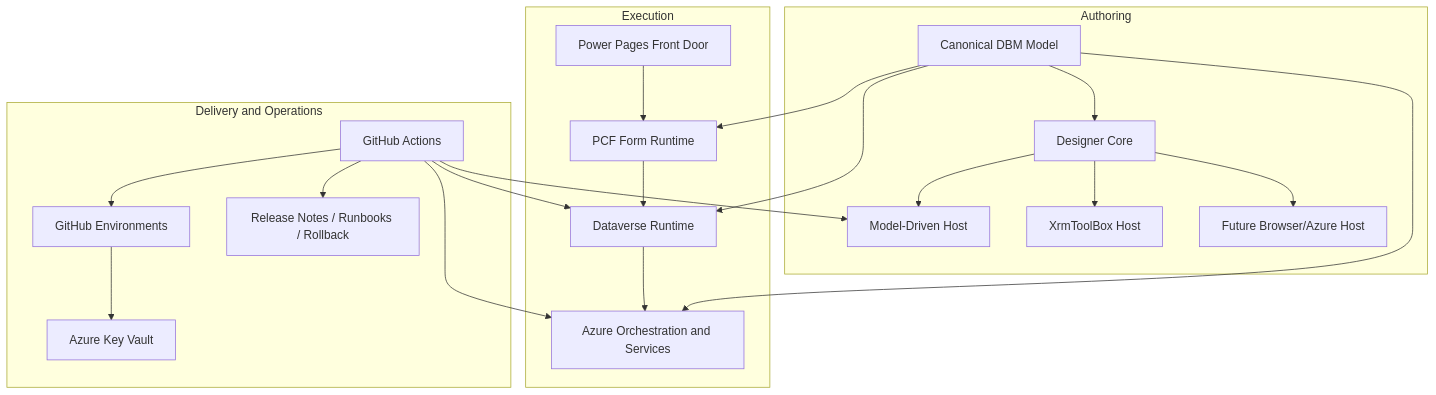
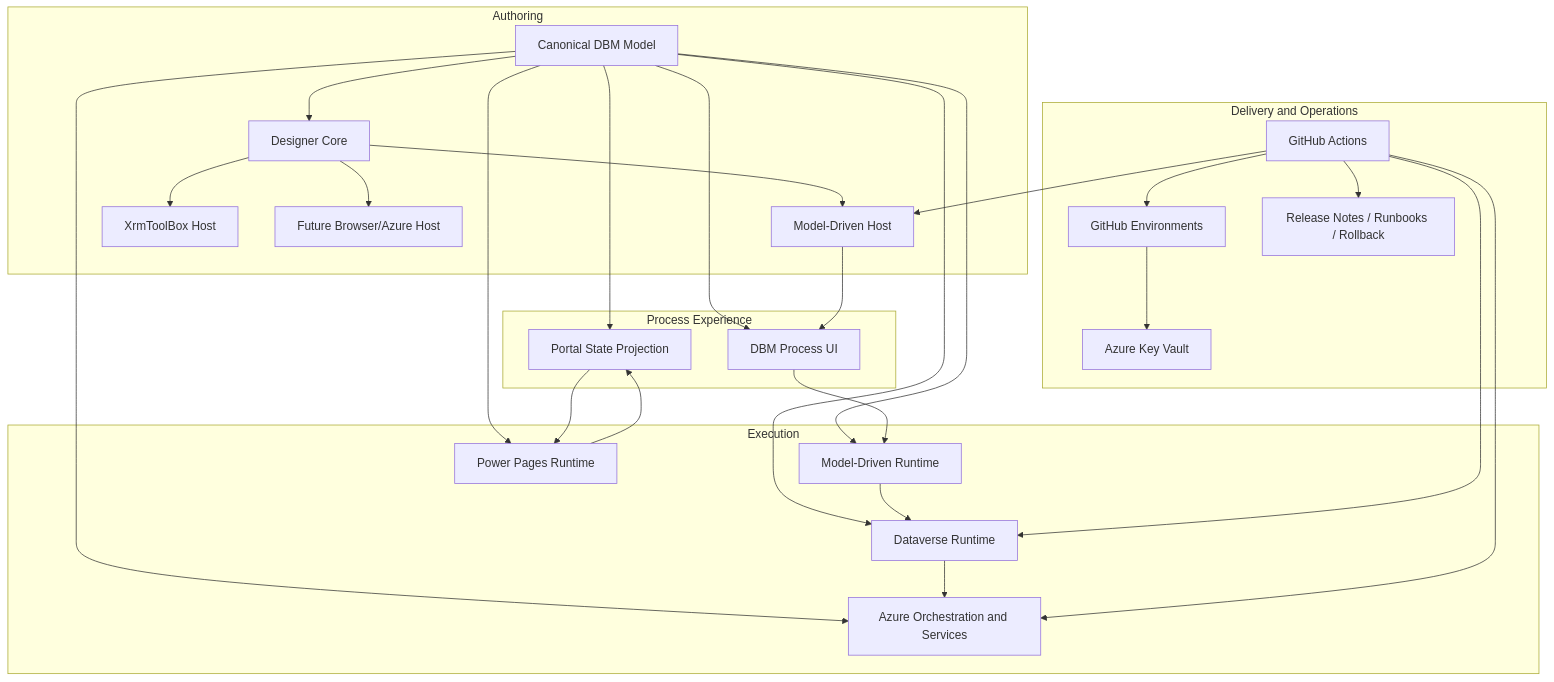
Before and after one commit to yagasoft/Dynamics-BusinessMachine: the diagram in docs/architecture/target-platform-architecture.md, drawn with Mermaid. The commit also changed other lines of this file and 7 other files, not shown here.

Commit message:
R1.2.1: lock portal-spanning process architecture

````diff
--- a/docs/architecture/target-platform-architecture.md
+++ b/docs/architecture/target-platform-architecture.md
@@ -67,41 +82,52 @@
 ```mermaid
 flowchart TB
     subgraph Authoring["Authoring"]
         A["Canonical DBM Model"]
         B["Designer Core"]
         C["Model-Driven Host"]
         D["XrmToolBox Host"]
         E["Future Browser/Azure Host"]
     end
 
+    subgraph Experience["Process Experience"]
+        F["DBM Process UI"]
+        G["Portal State Projection"]
+    end
+
     subgraph Runtime["Execution"]
-        F["PCF Form Runtime"]
-        G["Dataverse Runtime"]
-        H["Azure Orchestration and Services"]
-        I["Power Pages Front Door"]
+        H["Model-Driven Runtime"]
+        I["Dataverse Runtime"]
+        J["Azure Orchestration and Services"]
+        K["Power Pages Runtime"]
     end
 
     subgraph Delivery["Delivery and Operations"]
-        J["GitHub Actions"]
-        K["GitHub Environments"]
-        L["Azure Key Vault"]
-        M["Release Notes / Runbooks / Rollback"]
+        L["GitHub Actions"]
+        M["GitHub Environments"]
+        N["Azure Key Vault"]
+        O["Release Notes / Runbooks / Rollback"]
     end
 
     A --> B
     B --> C
     B --> D
     B --> E
     A --> F
     A --> G
     A --> H
-    I --> F
-    F --> G
-    G --> H
-    J --> K
-    K --> L
-    J --> M
-    J --> C
-    J --> G
-    J --> H
+    A --> I
+    A --> J
+    A --> K
+    C --> F
+    K --> G
+    F --> H
+    G --> K
+    H --> I
+    I --> J
+    L --> M
+    M --> N
+    L --> O
+    L --> C
+    L --> I
+    L --> J
 ```
````
